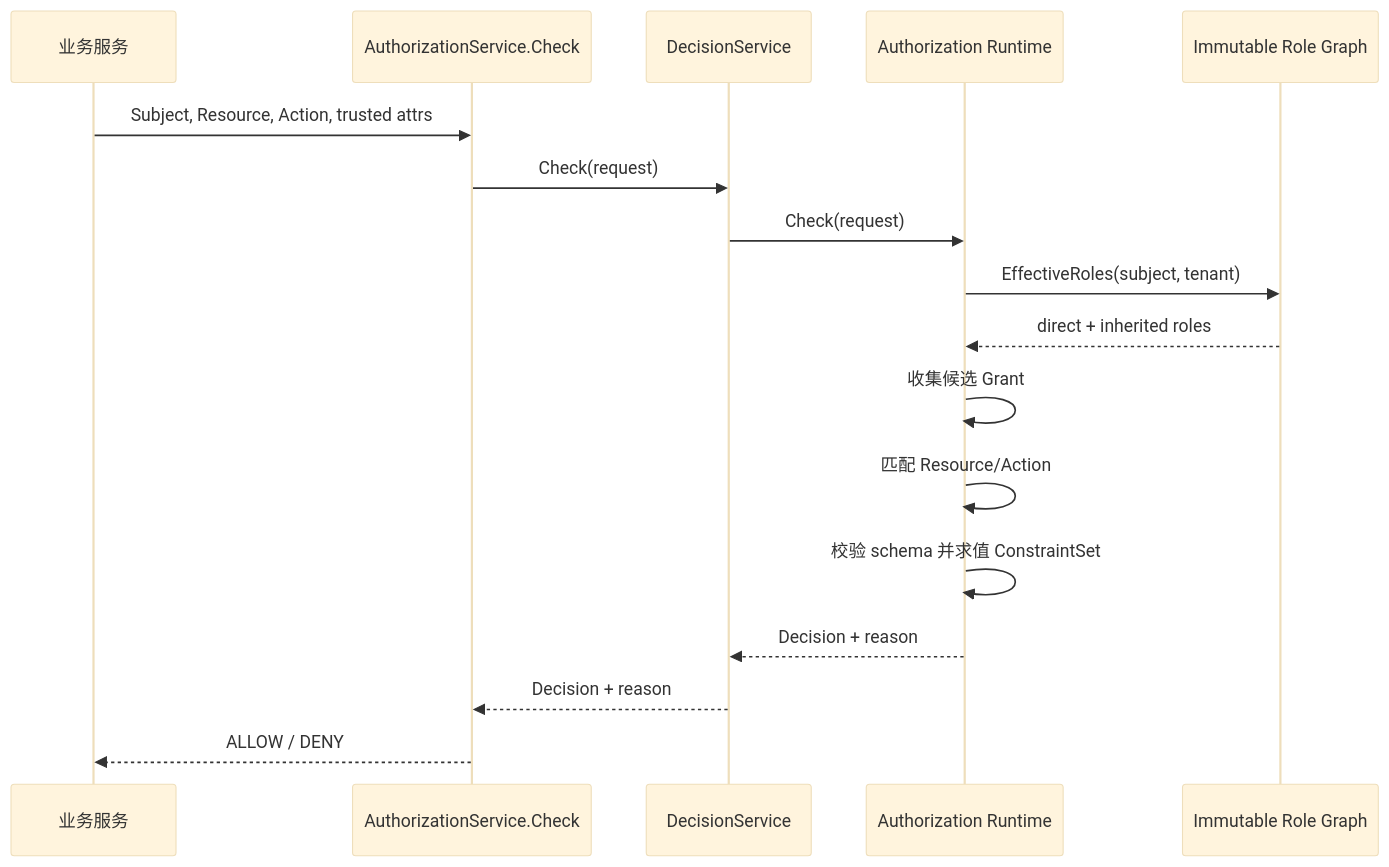
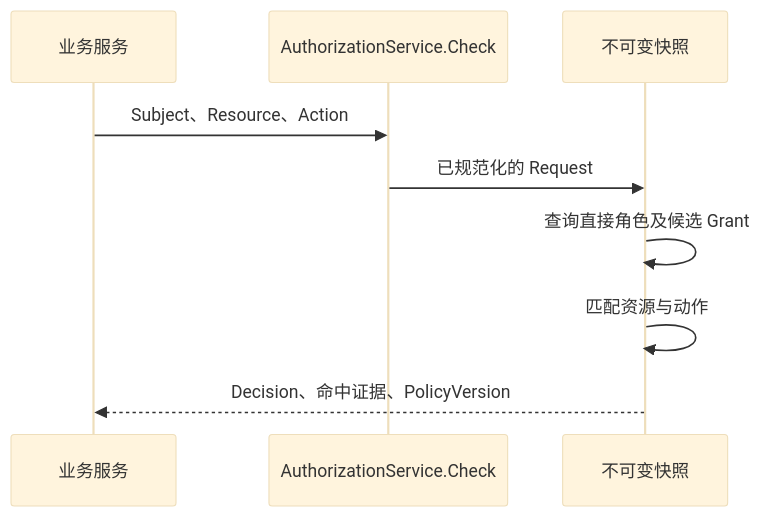
Before and after one commit to FangcunMount/iam-contracts: the diagram in docs/02-业务模块/03-AuthZ/02-关键链路-授权判定与不可变快照.md, drawn with Mermaid (base theme). The commit also changed other lines of this file and 162 other files, not shown here.

````diff
--- a/docs/02-业务模块/03-AuthZ/02-关键链路-授权判定与不可变快照.md
+++ b/docs/02-业务模块/03-AuthZ/02-关键链路-授权判定与不可变快照.md
@@ -66,19 +9,11 @@
 ```mermaid
 sequenceDiagram
-  participant Caller as 业务服务
-  participant GRPC as AuthorizationService.Check
-  participant APP as DecisionService
-  participant RT as Authorization Runtime
-  participant RG as Immutable Role Graph
-  Caller->>GRPC: Subject, Resource, Action, trusted attrs
-  GRPC->>APP: Check(request)
-  APP->>RT: Check(request)
-  RT->>RG: EffectiveRoles(subject, tenant)
-  RG-->>RT: direct + inherited roles
-  RT->>RT: 收集候选 Grant
-  RT->>RT: 匹配 Resource/Action
-  RT->>RT: 校验 schema 并求值 ConstraintSet
-  RT-->>APP: Decision + reason
-  APP-->>GRPC: Decision + reason
-  GRPC-->>Caller: ALLOW / DENY
+    participant Caller as 业务服务
+    participant API as AuthorizationService.Check
+    participant Runtime as 不可变快照
+    Caller->>API: Subject、Resource、Action
+    API->>Runtime: 已规范化的 Request
+    Runtime->>Runtime: 查询直接角色及候选 Grant
+    Runtime->>Runtime: 匹配资源与动作
+    Runtime-->>Caller: Decision、命中证据、PolicyVersion
 ```
````
